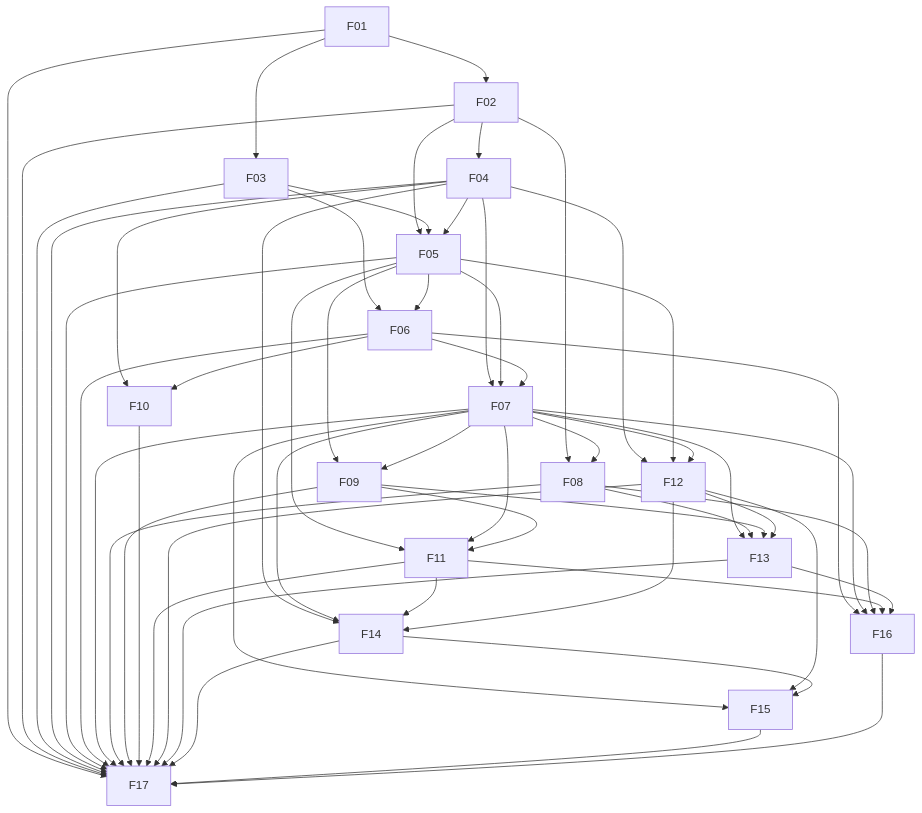
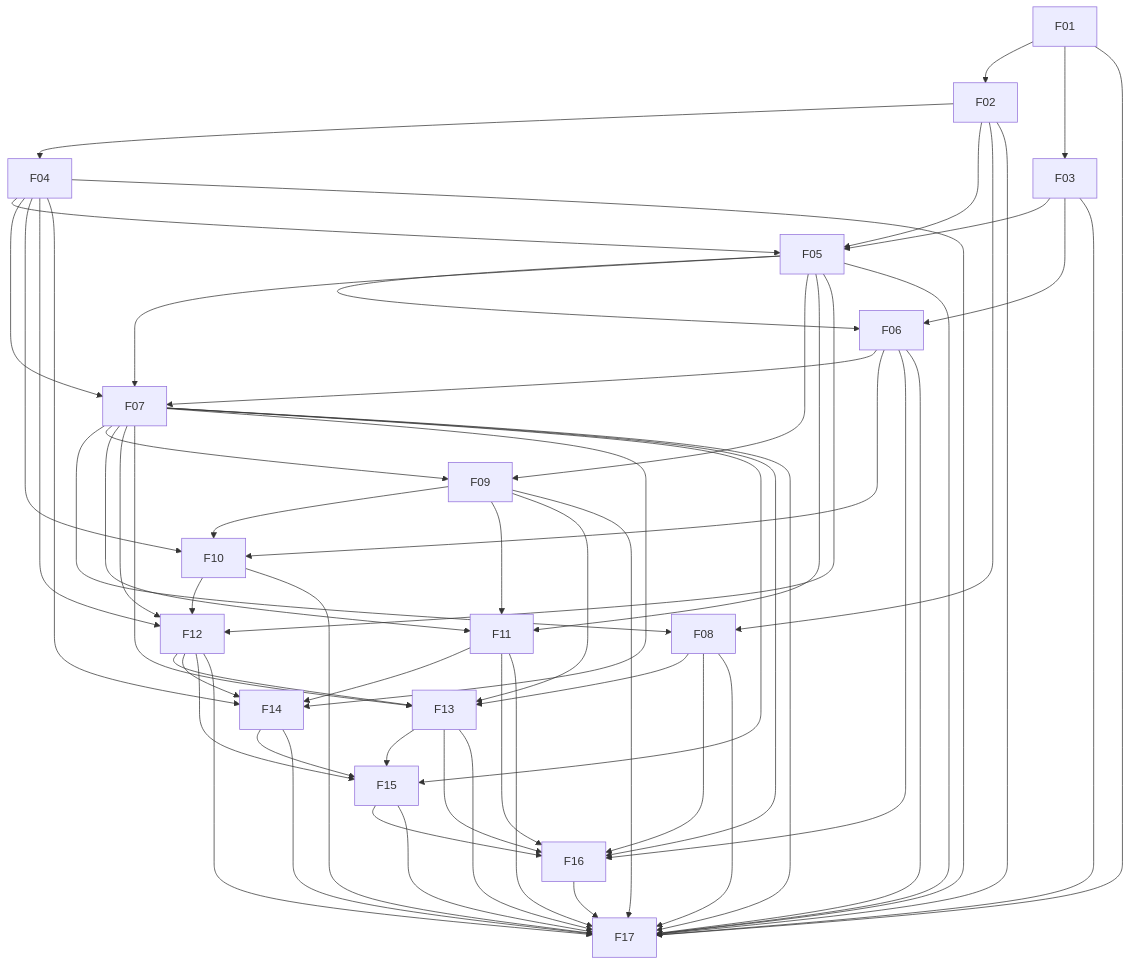
The diagram in implementation/README.md (maxvue/MaxTerminal), drawn with Mermaid before and after one commit. The commit also changed other lines of this file and 173 other files, not shown here.

````diff
--- a/implementation/README.md
+++ b/implementation/README.md
@@ -36,58 +36,62 @@
 ```mermaid
 graph TD
     F01 --> F02
     F01 --> F03
     F02 --> F04
     F02 --> F05
     F03 --> F05
     F04 --> F05
     F03 --> F06
     F05 --> F06
     F04 --> F07
     F05 --> F07
     F06 --> F07
     F02 --> F08
     F07 --> F08
     F05 --> F09
     F07 --> F09
     F04 --> F10
     F06 --> F10
+    F09 --> F10
     F05 --> F11
     F07 --> F11
     F09 --> F11
     F04 --> F12
     F05 --> F12
     F07 --> F12
+    F10 --> F12
     F07 --> F13
     F08 --> F13
     F09 --> F13
     F12 --> F13
     F04 --> F14
     F07 --> F14
     F11 --> F14
     F12 --> F14
     F07 --> F15
     F12 --> F15
+    F13 --> F15
     F14 --> F15
     F06 --> F16
     F07 --> F16
     F08 --> F16
     F11 --> F16
     F13 --> F16
+    F15 --> F16
     F01 --> F17
     F02 --> F17
     F03 --> F17
     F04 --> F17
     F05 --> F17
     F06 --> F17
     F07 --> F17
     F08 --> F17
     F09 --> F17
     F10 --> F17
     F11 --> F17
     F12 --> F17
     F13 --> F17
     F14 --> F17
     F15 --> F17
     F16 --> F17
 ```
````
